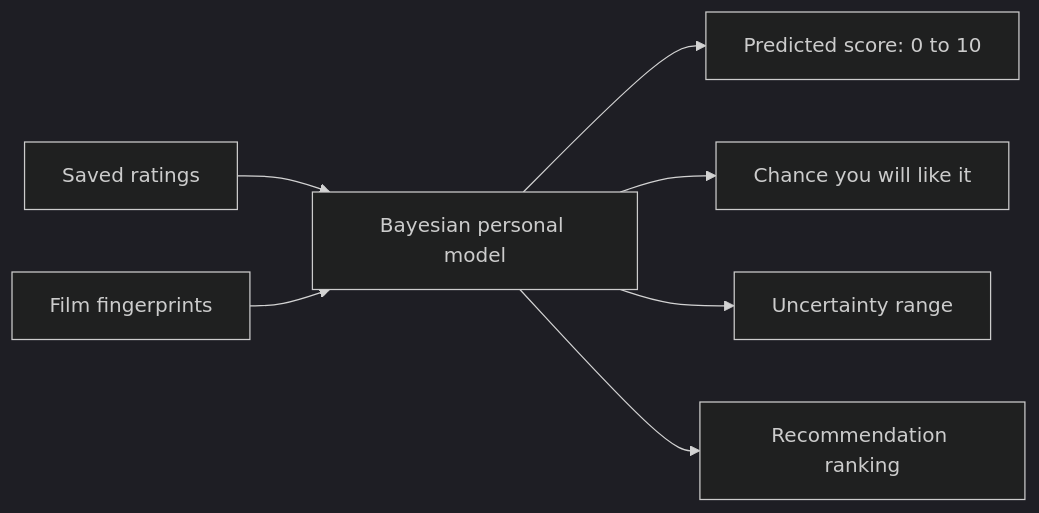
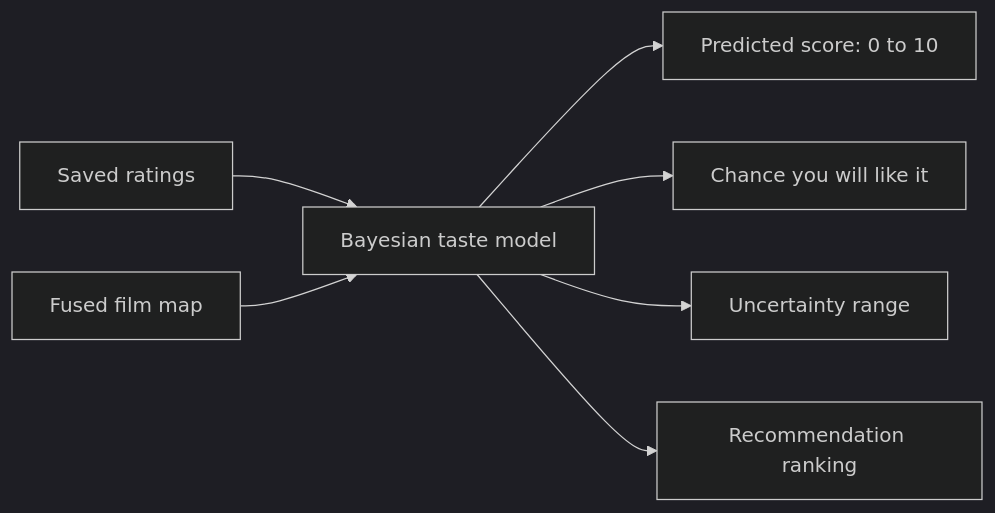
One commit to sarathkumar365/entertainer changed the fourth of 7 diagrams in docs/HOW_IT_WORKS.md. Above: the diagram before and after it, drawn with Mermaid (dark theme). The commit also changed other lines of this file, not shown here.

Commit message:
docs: narrate recommender architecture

````diff
--- a/docs/HOW_IT_WORKS.md
+++ b/docs/HOW_IT_WORKS.md
@@ -198,9 +83,9 @@
-```mermaid
+~~~mermaid
 flowchart LR
-    ratings[Saved ratings] --> model[Bayesian personal model]
-    fingerprints[Film fingerprints] --> model
+    ratings[Saved ratings] --> model[Bayesian taste model]
+    map[Fused film map] --> model
     model --> score[Predicted score: 0 to 10]
     model --> likelihood[Chance you will like it]
     model --> uncertainty[Uncertainty range]
     model --> ranking[Recommendation ranking]
-```
+~~~
````
